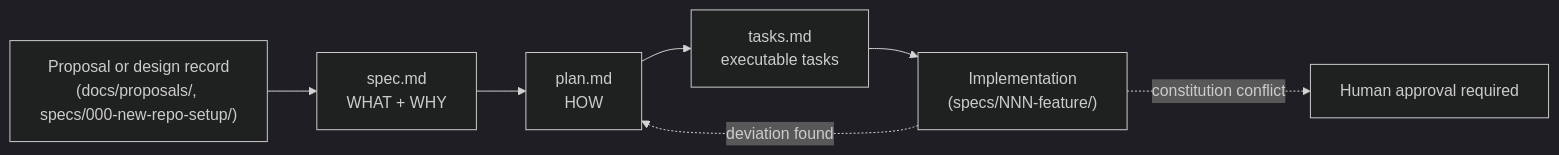
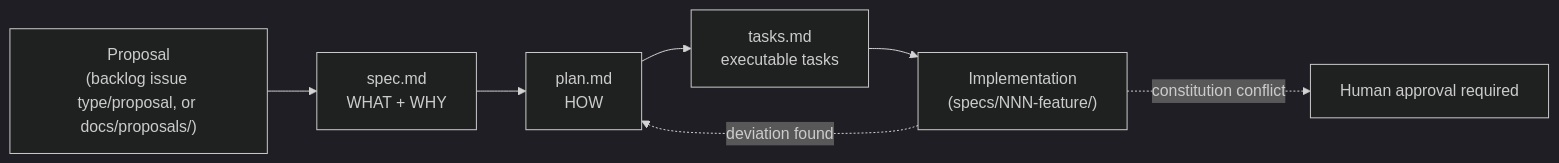
The diagram in openwiki/process/spec-driven-development.md (jumbleknot/BELAY), drawn with Mermaid (dark theme) before and after one commit. The commit also changed other lines of this file and 20 other files, not shown here.

````diff
--- a/openwiki/process/spec-driven-development.md
+++ b/openwiki/process/spec-driven-development.md
@@ -16,9 +16,9 @@
 ```mermaid
 flowchart LR
-  P["Proposal or design record\n(docs/proposals/, specs/000-new-repo-setup/)"] --> S["spec.md\nWHAT + WHY"]
+  P["Proposal\n(backlog issue type/proposal, or docs/proposals/)"] --> S["spec.md\nWHAT + WHY"]
   S --> Pl["plan.md\nHOW"]
   Pl --> T["tasks.md\nexecutable tasks"]
   T --> I["Implementation\n(specs/NNN-feature/)"]
   I -. "deviation found" .-> Pl
   I -. "constitution conflict" .-> C["Human approval required"]
 ```
````
